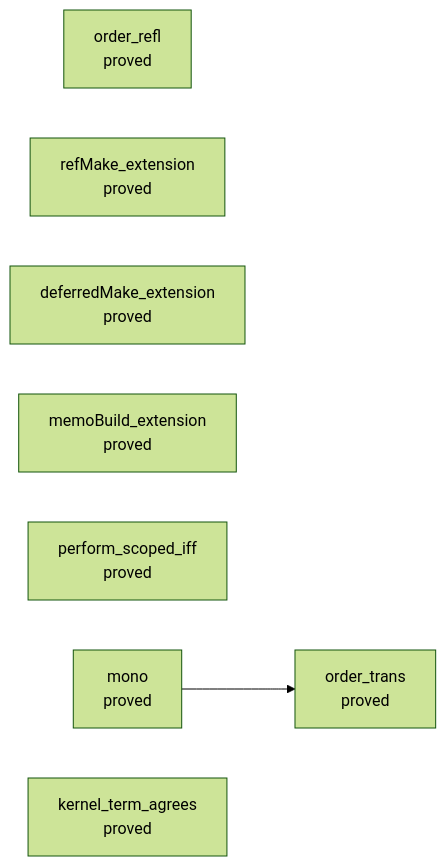
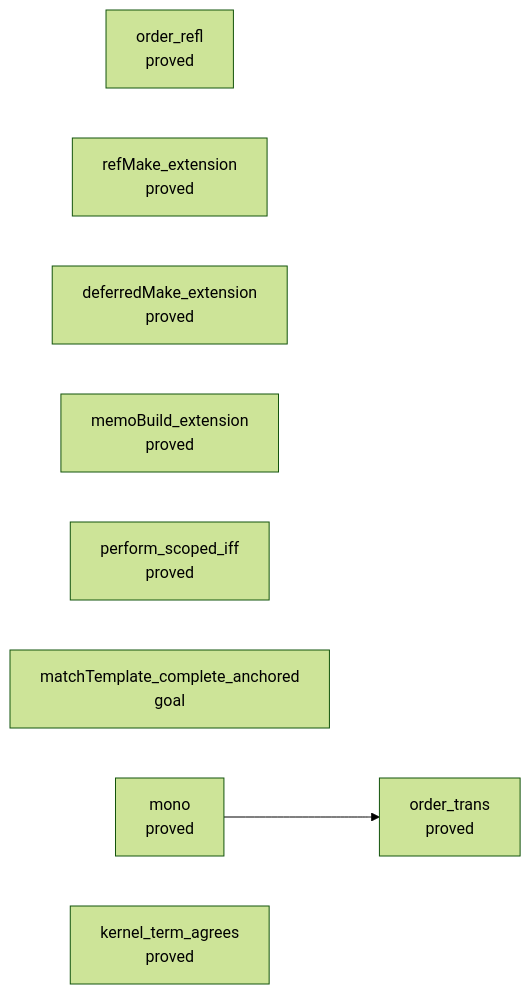
One commit to pure-algebra/lean4-effect4 changed the fourth of 13 diagrams in generated/semantics.md. Above: the diagram before and after it, drawn with Mermaid (forest theme). The commit also changed other lines of this file and 4 other files, not shown here.

````diff
--- a/generated/semantics.md
+++ b/generated/semantics.md
@@ -1949,12 +1958,13 @@
 ```mermaid
 flowchart LR
   n0["order_refl<br/>proved"]
   n1["order_trans<br/>proved"]
   n2["refMake_extension<br/>proved"]
   n3["deferredMake_extension<br/>proved"]
   n4["memoBuild_extension<br/>proved"]
   n5["perform_scoped_iff<br/>proved"]
-  n6["mono<br/>proved"]
-  n7["kernel_term_agrees<br/>proved"]
-  n6 --> n1
+  n6["matchTemplate_complete_anchored<br/>goal"]
+  n7["mono<br/>proved"]
+  n8["kernel_term_agrees<br/>proved"]
+  n7 --> n1
 ```
````
